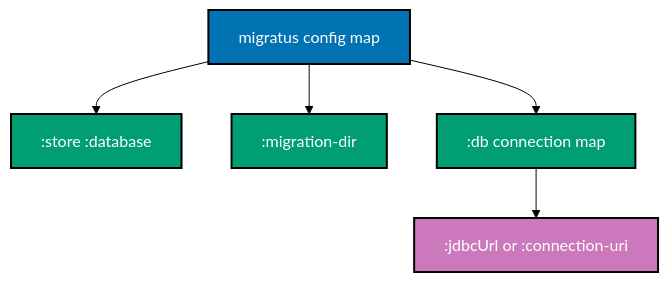
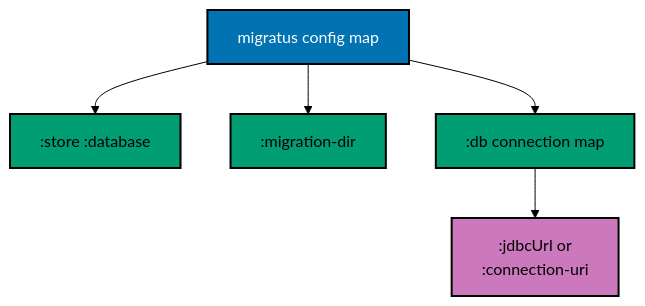
One commit to wahidyankf/ose-public changed the first of 4 diagrams in apps/ayokoding-www/content/en/learn/legacy/software-engineering/data/tools/clojure-migratus/by-example/beginner.md. Above: the diagram before and after it, drawn with Mermaid (forest theme). The commit also changed other lines of this file and 131 other files, not shown here.

First line of the commit message:
fix(mermaid): bring the legacy data, infrastructure, and testing diagrams onto the accessible palette

````diff
--- a/apps/ayokoding-www/content/en/learn/legacy/software-engineering/data/tools/clojure-migratus/by-example/beginner.md
+++ b/apps/ayokoding-www/content/en/learn/legacy/software-engineering/data/tools/clojure-migratus/by-example/beginner.md
@@ -24,15 +24,21 @@
 ```mermaid
 %% Color Palette: Blue #0173B2, Orange #DE8F05, Teal #029E73, Purple #CC78BC, Brown #CA9161
 %% Migratus config map structure
 graph TD
+    accTitle: Example 1: Migratus Config Map
+    accDescr: Graph with 5 nodes and 4 connections. Nodes: migratus config map, :store :database, :migration-dir, :db connection map, :jdbcUrl or :connection-uri. Connections: migratus config map to :store :database, migratus config map to :migration-dir, migratus config map to :db connection map, :db connection map to :jdbcUrl or :connection-uri.
     A[migratus config map] --> B[:store :database]
     A --> C[:migration-dir]
     A --> D[:db connection map]
-    D --> E[:jdbcUrl or :connection-uri]
+    D --> E[:jdbcUrl or<br/>:connection-uri]
 
-    style A fill:#0173B2,stroke:#000000,color:#FFFFFF,stroke-width:2px
-    style B fill:#029E73,stroke:#000000,color:#FFFFFF,stroke-width:2px
-    style C fill:#029E73,stroke:#000000,color:#FFFFFF,stroke-width:2px
-    style D fill:#029E73,stroke:#000000,color:#FFFFFF,stroke-width:2px
-    style E fill:#CC78BC,stroke:#000000,color:#FFFFFF,stroke-width:2px
+    classDef pal-0173B2 fill:#0173B2,stroke:#000000,color:#FFFFFF,stroke-width:2px
+    class A pal-0173B2
+    classDef pal-029E73 fill:#029E73,stroke:#000000,color:#000000,stroke-width:2px
+    class B pal-029E73
+    class C pal-029E73
+    class D pal-029E73
+    classDef pal-CC78BC fill:#CC78BC,stroke:#000000,color:#000000,stroke-width:2px
+    class E pal-CC78BC
+    classDef default fill:#FFFFFF,stroke:#000000,color:#000000
 ```
````
